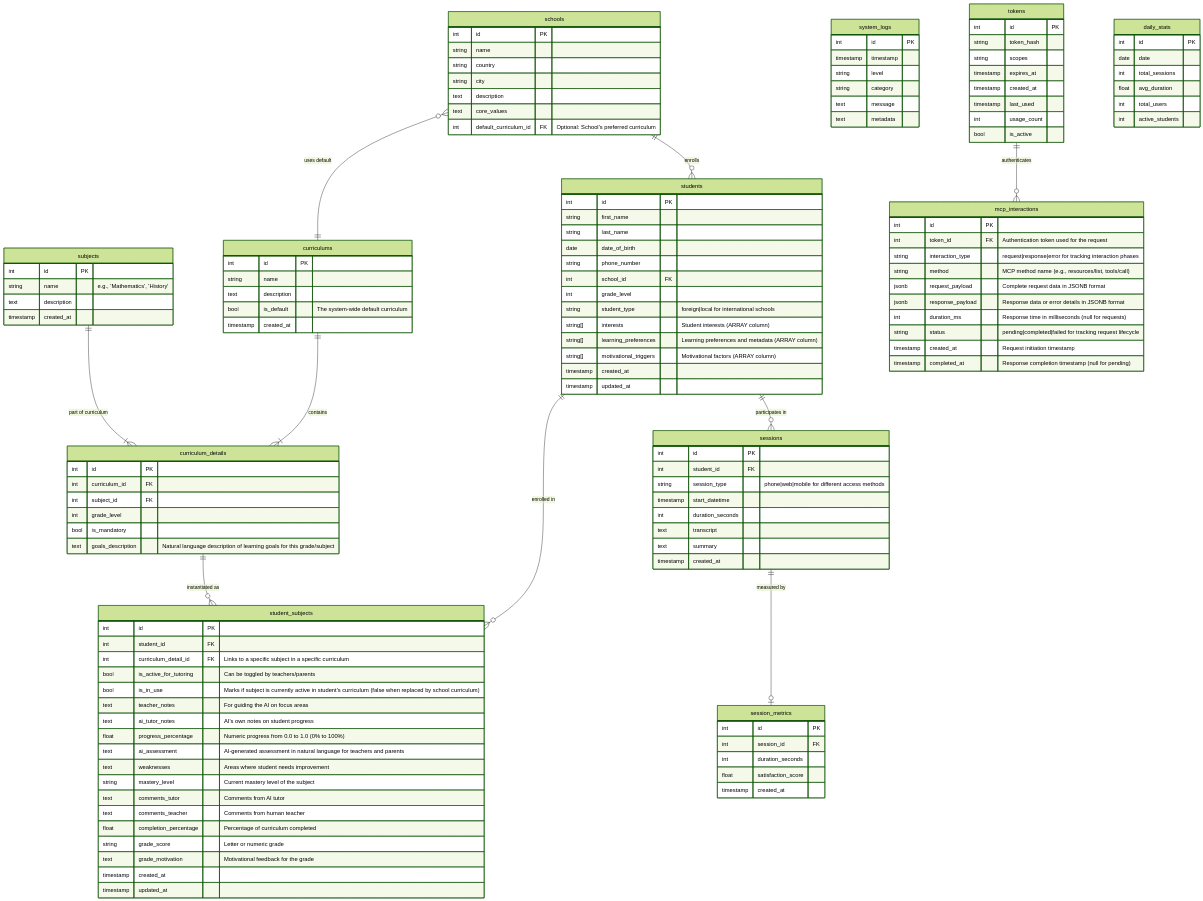
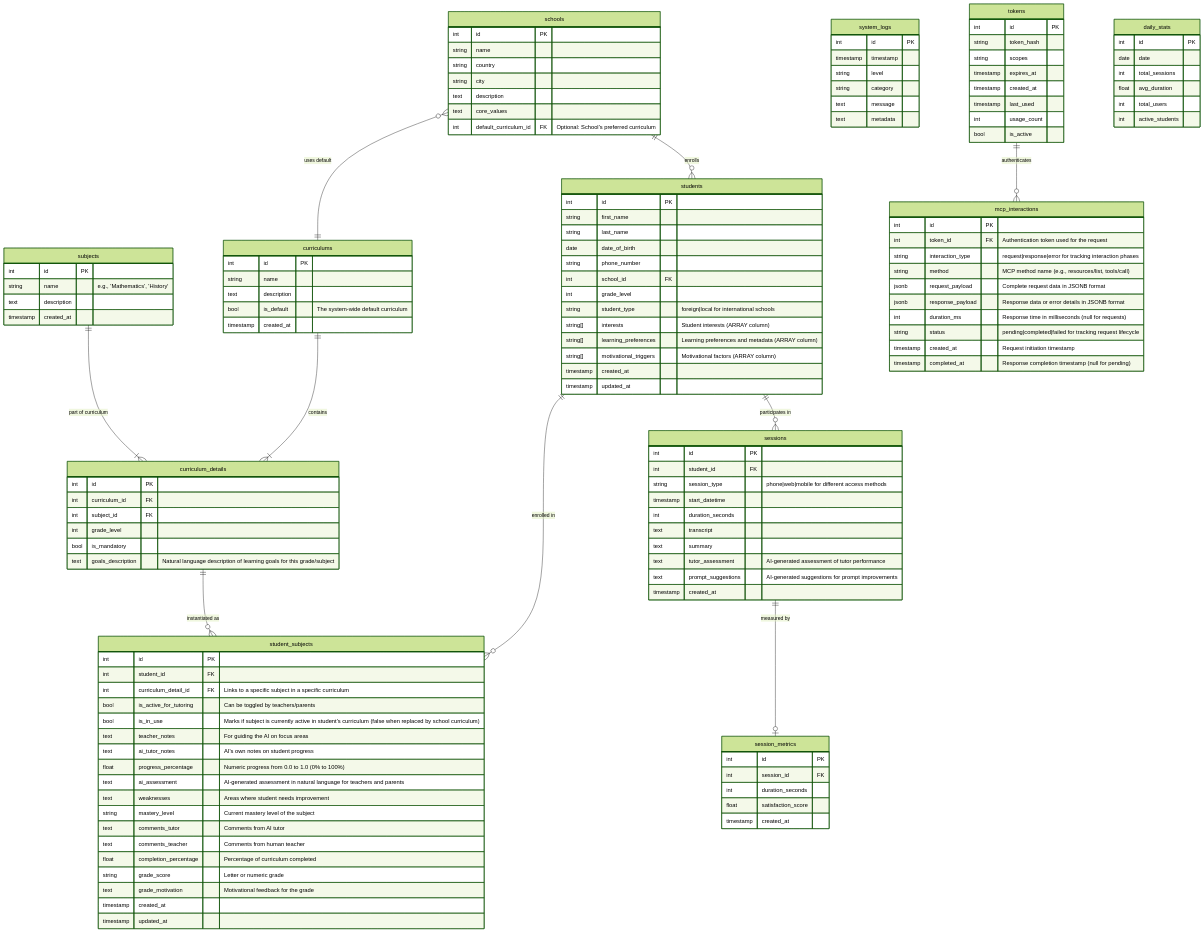
Before and after one commit to henrikthome-arch/ai-tutor: the second of 2 diagrams in ARCHITECTURE.md, drawn with Mermaid (forest theme). The commit also changed other lines of this file and 6 other files, not shown here.

```diff
--- a/ARCHITECTURE.md
+++ b/ARCHITECTURE.md
@@ -246,6 +249,8 @@
         int duration_seconds
         text transcript
         text summary
+        text tutor_assessment "AI-generated assessment of tutor performance"
+        text prompt_suggestions "AI-generated suggestions for prompt improvements"
         timestamp created_at
     }
 
```
